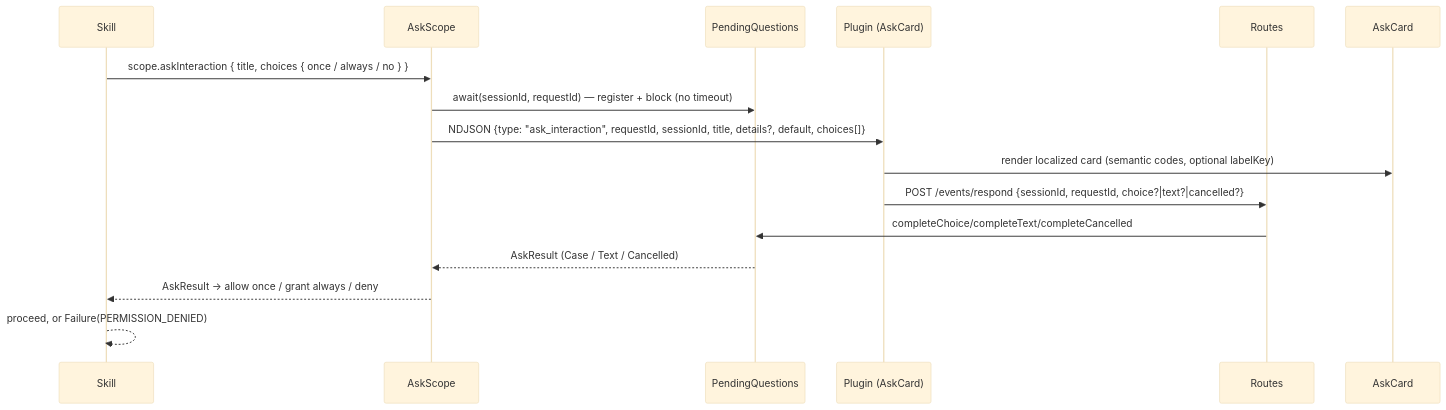
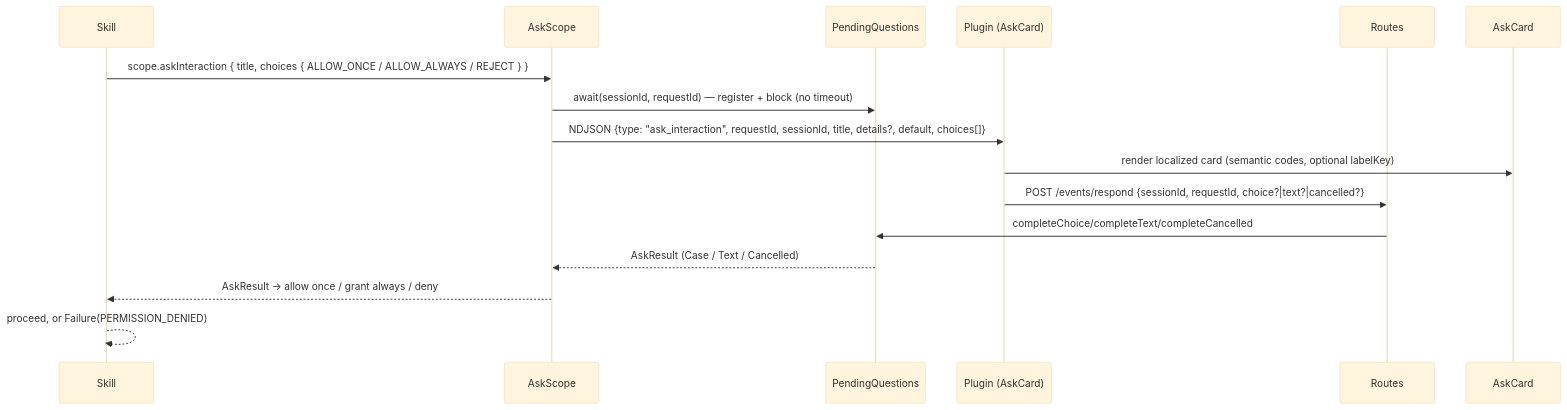
Before and after one commit to lg841226/Gradum: diagram 30 of 30 in docs/ARCHITECTURE.md, drawn with Mermaid (base theme). The commit also changed other lines of this file and 16 other files, not shown here.

````diff
--- a/docs/ARCHITECTURE.md
+++ b/docs/ARCHITECTURE.md
@@ -2294,17 +2294,17 @@
 ```mermaid
 sequenceDiagram
     participant Skill
     participant AskScope
     participant PendingQuestions
     participant Plugin as Plugin (AskCard)
     participant Routes
-    Skill ->> AskScope: scope.askInteraction { title, choices { once / always / no } }
+    Skill ->> AskScope: scope.askInteraction { title, choices { ALLOW_ONCE / ALLOW_ALWAYS / REJECT } }
     AskScope ->> PendingQuestions: await(sessionId, requestId) — register + block (no timeout)
     AskScope ->> Plugin: NDJSON {type: "ask_interaction", requestId, sessionId, title, details?, default, choices[]}
     Plugin ->> AskCard: render localized card (semantic codes, optional labelKey)
     Plugin ->> Routes: POST /events/respond {sessionId, requestId, choice?|text?|cancelled?}
     Routes ->> PendingQuestions: completeChoice/completeText/completeCancelled
     PendingQuestions -->> AskScope: AskResult (Case / Text / Cancelled)
     AskScope -->> Skill: AskResult → allow once / grant always / deny
     Skill -->> Skill: proceed, or Failure(PERMISSION_DENIED)
 ```
````
